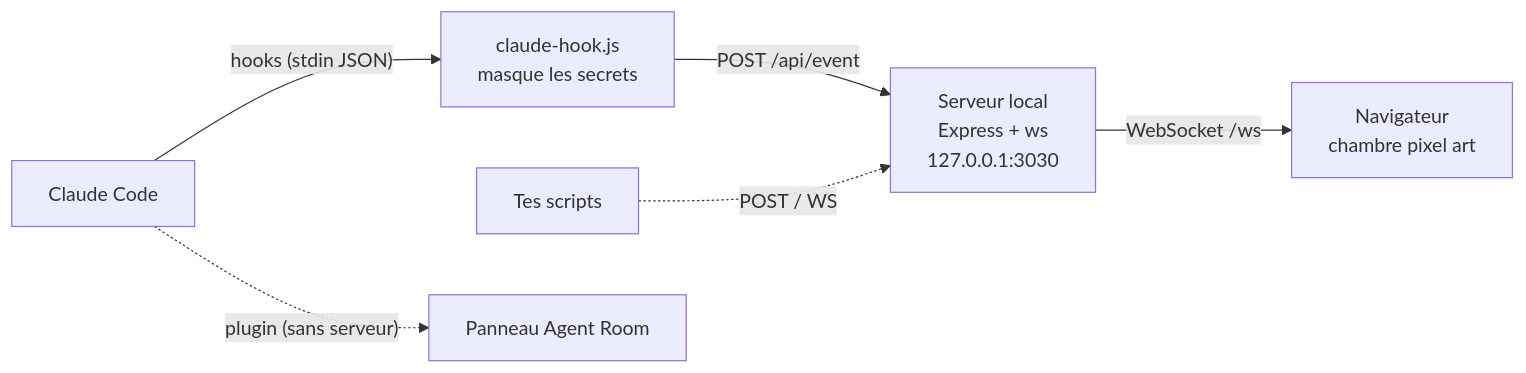
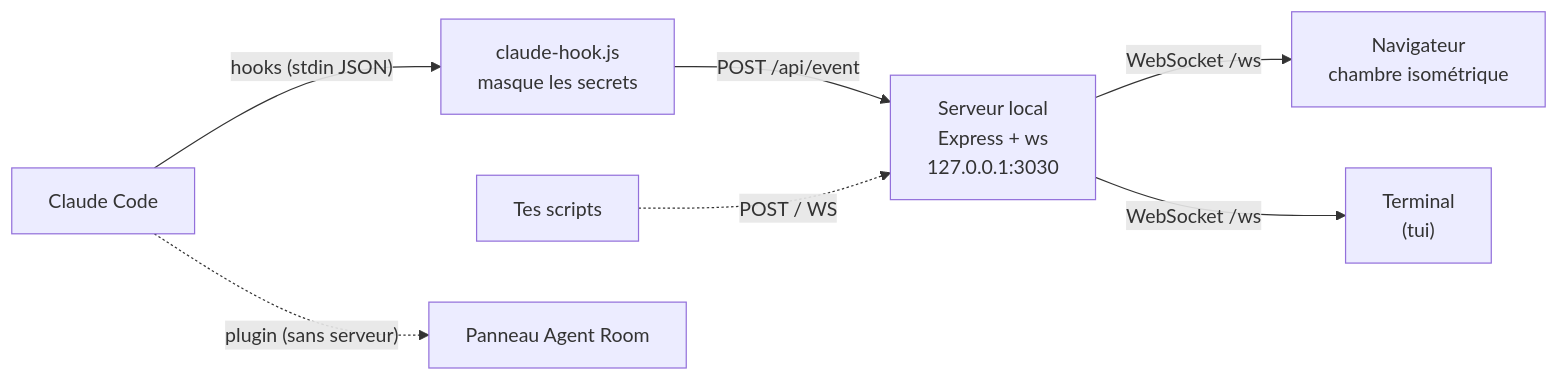
One commit to MehenniIslam/claude-agent-room changed the diagram in README.md. Above: the diagram before and after it, drawn with Mermaid. The commit also changed other lines of this file and 22 other files, not shown here.

First line of the commit message:
Chambre isométrique, mode terminal et robustesse sur les gros projets

````diff
--- a/README.md
+++ b/README.md
@@ -311,8 +345,9 @@
 ```mermaid
 flowchart LR
   CC["Claude Code"] -- "hooks (stdin JSON)" --> H["claude-hook.js<br/>masque les secrets"]
   H -- "POST /api/event" --> S["Serveur local<br/>Express + ws<br/>127.0.0.1:3030"]
-  S -- "WebSocket /ws" --> B["Navigateur<br/>chambre pixel art"]
+  S -- "WebSocket /ws" --> B["Navigateur<br/>chambre isométrique"]
+  S -- "WebSocket /ws" --> T["Terminal<br/>(tui)"]
   X["Tes scripts"] -. "POST / WS" .-> S
   CC -. "plugin (sans serveur)" .-> P["Panneau Agent Room"]
 ```
````
